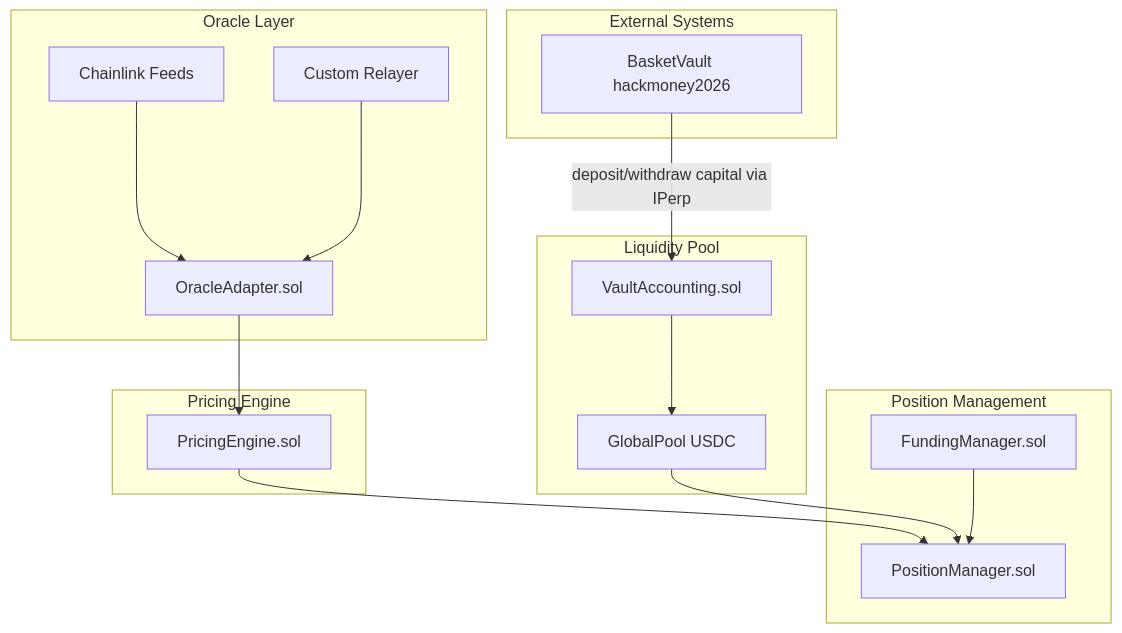
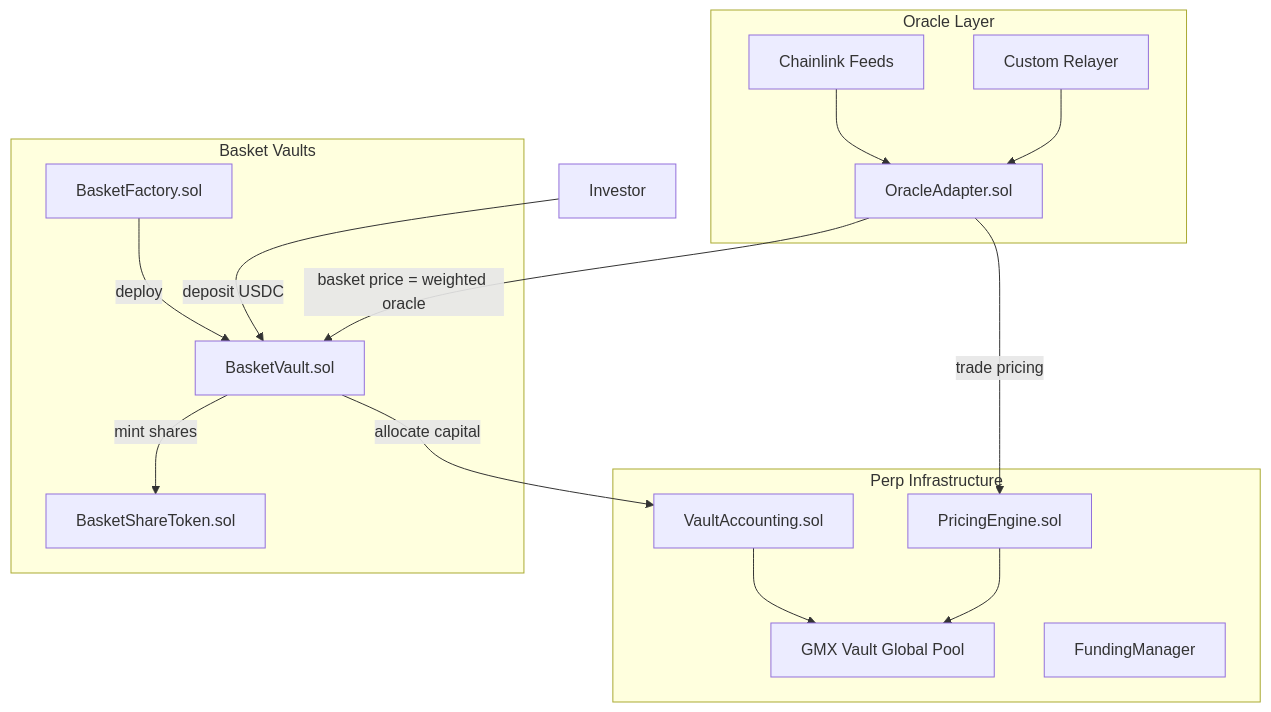
The first of 2 diagrams in .cursor/plans/perp_infrastructure_fork_8526c21f.plan.md (reubenr0d/indexflow-prototype), drawn with Mermaid before and after one commit. The commit also changed other lines of this file, not shown here.

````diff
--- a/.cursor/plans/perp_infrastructure_fork_8526c21f.plan.md
+++ b/.cursor/plans/perp_infrastructure_fork_8526c21f.plan.md
@@ -53,35 +53,32 @@
 ```mermaid
 graph TB
     subgraph oracleLayer [Oracle Layer]
         CL[Chainlink Feeds]
         CR[Custom Relayer]
         OA[OracleAdapter.sol]
     end
 
-    subgraph pricingLayer [Pricing Engine]
-        PE[PricingEngine.sol]
+    subgraph basketLayer [Basket Vaults]
+        BV[BasketVault.sol]
+        BST[BasketShareToken.sol]
+        BF[BasketFactory.sol]
     end
 
-    subgraph liquidityLayer [Liquidity Pool]
-        GP[GlobalPool USDC]
+    subgraph perpLayer [Perp Infrastructure]
+        PE[PricingEngine.sol]
         VA[VaultAccounting.sol]
+        GP[GMX Vault Global Pool]
+        FM[FundingManager]
     end
 
-    subgraph positionLayer [Position Management]
-        PM[PositionManager.sol]
-        FM[FundingManager.sol]
-    end
-
-    subgraph externalSystems [External Systems]
-        BV[BasketVault hackmoney2026]
-    end
-
+    INV[Investor] -->|"deposit USDC"| BV
+    BV -->|"mint shares"| BST
+    BV -->|"allocate capital"| VA
     CL --> OA
     CR --> OA
-    OA --> PE
-    PE --> PM
-    GP --> PM
+    OA -->|"basket price = weighted oracle"| BV
+    OA -->|"trade pricing"| PE
+    PE --> GP
     VA --> GP
-    FM --> PM
-    BV -->|"deposit/withdraw capital via IPerp"| VA
+    BF -->|"deploy"| BV
 ```
````
